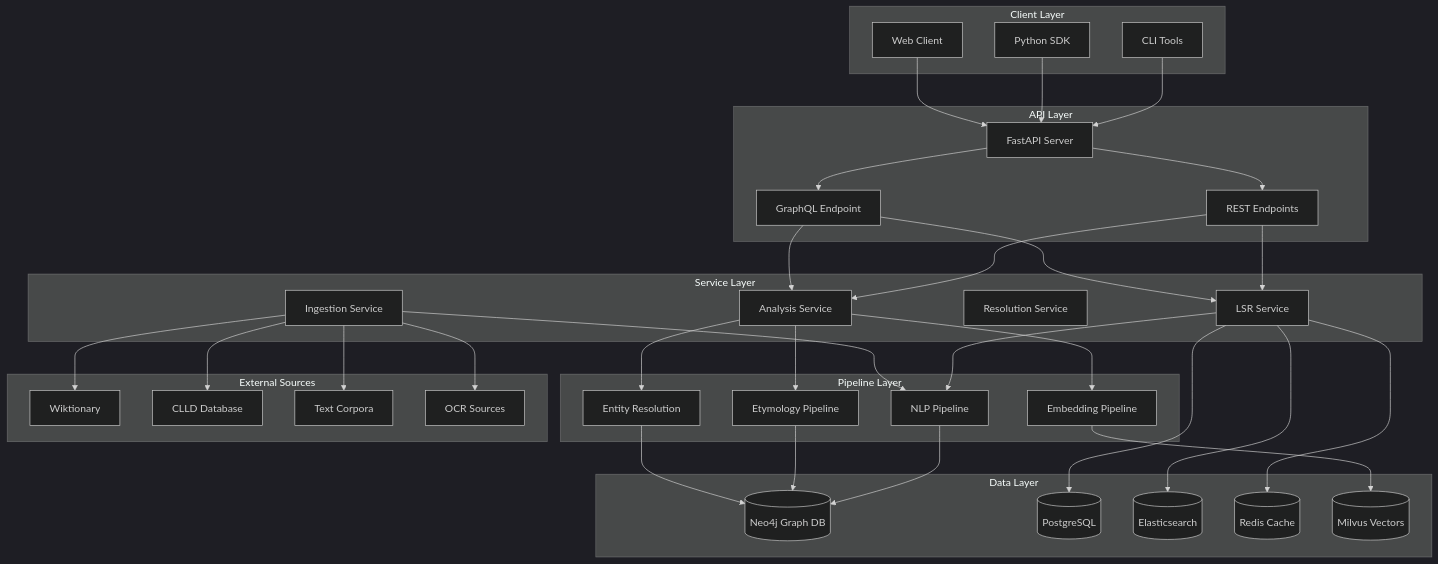
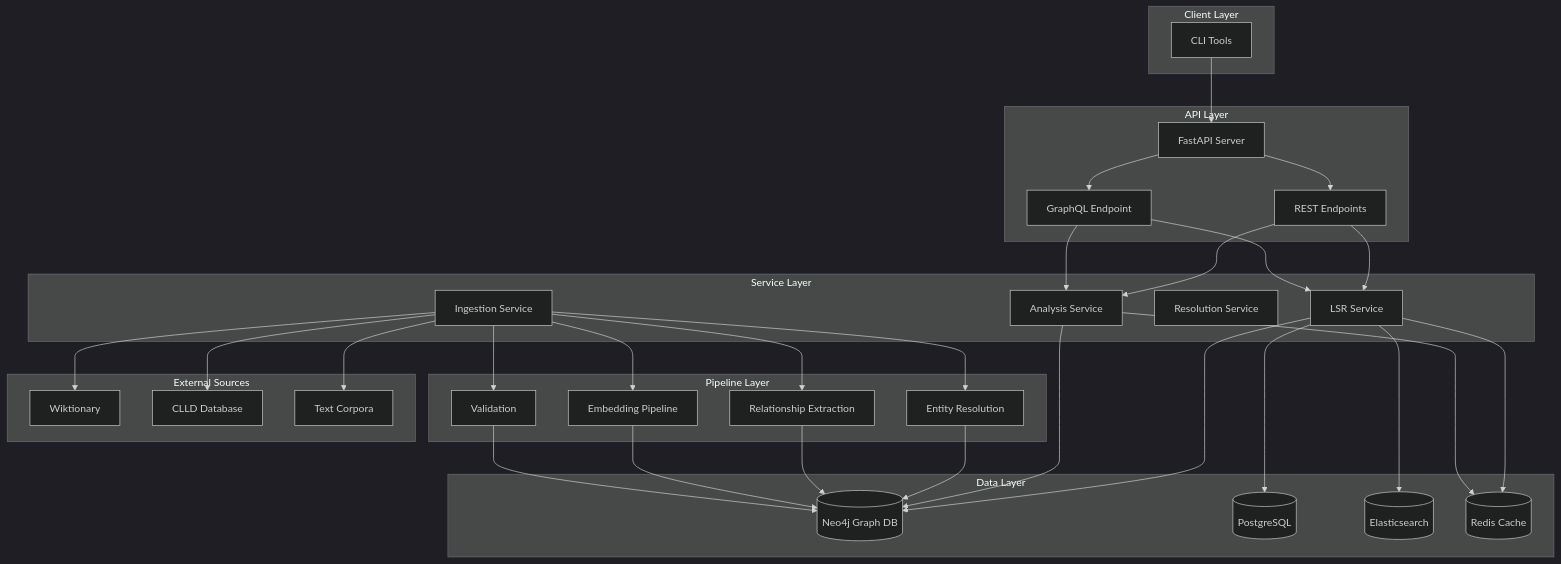
Before and after one commit to kase1111-hash/Lexicon: the first of 9 diagrams in docs/architecture.md, drawn with Mermaid (dark theme). The commit also changed other lines of this file and 6 other files, not shown here.

````diff
--- a/docs/architecture.md
+++ b/docs/architecture.md
@@ -16,76 +16,71 @@
 ```mermaid
 graph TB
     subgraph "Client Layer"
         CLI[CLI Tools]
-        SDK[Python SDK]
-        WEB[Web Client]
     end
 
     subgraph "API Layer"
         API[FastAPI Server]
         GQL[GraphQL Endpoint]
         REST[REST Endpoints]
     end
 
     subgraph "Service Layer"
         LSR[LSR Service]
         ANA[Analysis Service]
         RES[Resolution Service]
         ING[Ingestion Service]
     end
 
     subgraph "Pipeline Layer"
-        NLP[NLP Pipeline]
-        ETY[Etymology Pipeline]
         ENT[Entity Resolution]
+        REL[Relationship Extraction]
         EMB[Embedding Pipeline]
+        VALID[Validation]
     end
 
     subgraph "Data Layer"
         NEO[(Neo4j Graph DB)]
         PG[(PostgreSQL)]
         ES[(Elasticsearch)]
         REDIS[(Redis Cache)]
-        MILVUS[(Milvus Vectors)]
     end
 
     subgraph "External Sources"
         WIK[Wiktionary]
         CLLD[CLLD Database]
         CORP[Text Corpora]
-        OCR[OCR Sources]
     end
 
     CLI --> API
-    SDK --> API
-    WEB --> API
 
     API --> REST
     API --> GQL
 
     REST --> LSR
     REST --> ANA
     GQL --> LSR
     GQL --> ANA
 
-    LSR --> NLP
-    ANA --> ETY
-    ANA --> ENT
-    ANA --> EMB
-
-    NLP --> NEO
-    ETY --> NEO
-    ENT --> NEO
-    EMB --> MILVUS
-
+    LSR --> NEO
     LSR --> PG
     LSR --> ES
     LSR --> REDIS
 
+    ANA --> NEO
+    ANA --> REDIS
+
     ING --> WIK
     ING --> CLLD
     ING --> CORP
-    ING --> OCR
 
-    ING --> NLP
+    ING --> ENT
+    ING --> REL
+    ING --> EMB
+    ING --> VALID
+
+    ENT --> NEO
+    REL --> NEO
+    EMB --> NEO
+    VALID --> NEO
 ```
````
